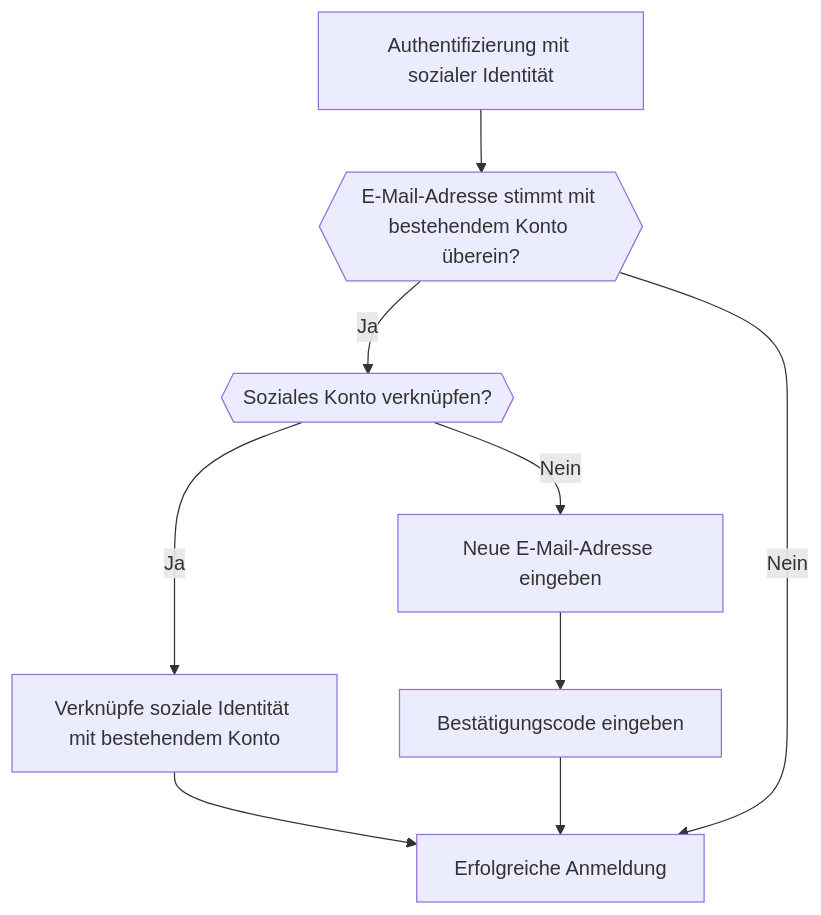
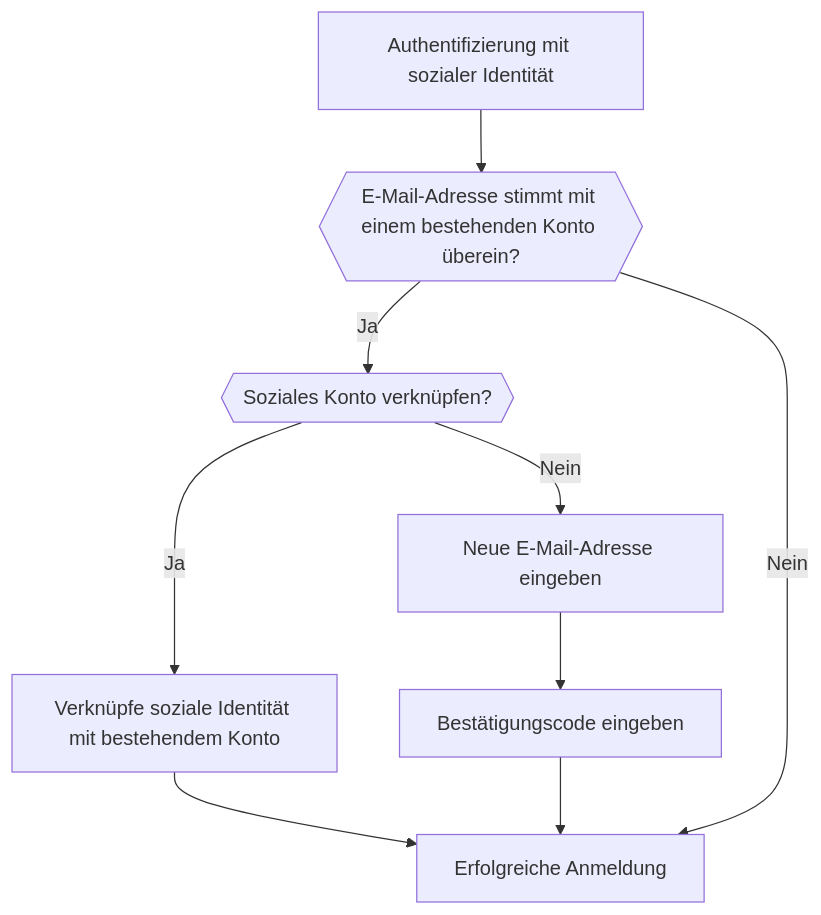
One commit to logto-io/docs changed the fifth of 5 diagrams in i18n/de/docusaurus-plugin-content-docs/current/end-user-flows/sign-up-and-sign-in/social-sign-in.mdx. Above: the diagram before and after it, drawn with Mermaid. The commit also changed other lines of this file and 2629 other files, not shown here.

````diff
--- a/i18n/de/docusaurus-plugin-content-docs/current/end-user-flows/sign-up-and-sign-in/social-sign-in.mdx
+++ b/i18n/de/docusaurus-plugin-content-docs/current/end-user-flows/sign-up-and-sign-in/social-sign-in.mdx
@@ -149,11 +155,11 @@
    ```mermaid
       flowchart TD
-       A[Authentifizierung mit sozialer Identität] --> B{{E-Mail-Adresse stimmt mit bestehendem Konto überein?}}
+       A[Authentifizierung mit sozialer Identität] --> B{{E-Mail-Adresse stimmt mit einem bestehenden Konto überein?}}
        B -- Ja --> C{{Soziales Konto verknüpfen?}}
        C -- Ja --> D[Verknüpfe soziale Identität mit bestehendem Konto]
        D --> E[Erfolgreiche Anmeldung]
        C -- Nein --> F[Neue E-Mail-Adresse eingeben]
        F --> G[Bestätigungscode eingeben]
        G --> E
        B -- Nein --> E
    ```
````
